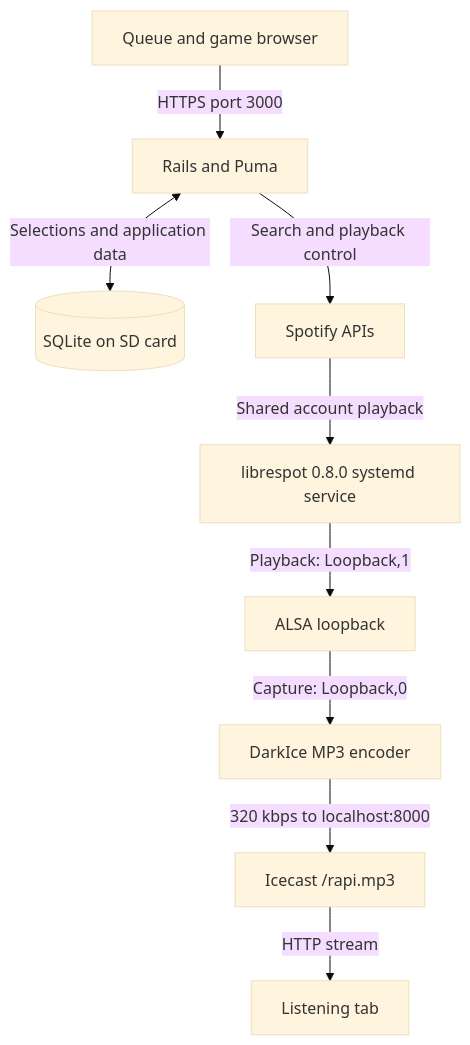
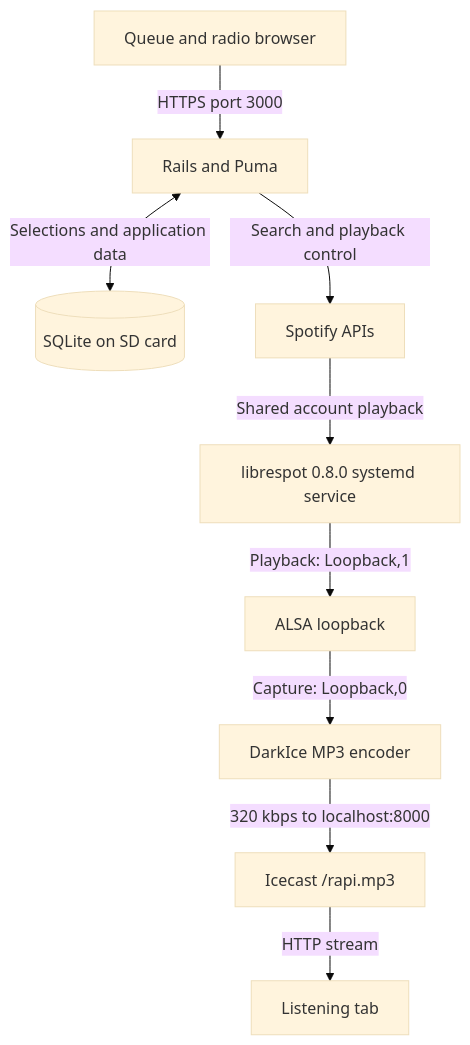
One commit to jbearer/jcradio changed the diagram in docs/pi-overview.md. Above: the diagram before and after it, drawn with Mermaid (base theme). The commit also changed other lines of this file and 3 other files, not shown here.

````diff
--- a/docs/pi-overview.md
+++ b/docs/pi-overview.md
@@ -37,11 +37,11 @@
     ```mermaid
     flowchart TD
-        Browser[Queue and game browser] -->|HTTPS port 3000|Rails[Rails and Puma]
+        Browser[Queue and radio browser] -->|HTTPS port 3000|Rails[Rails and Puma]
         Rails <-->|Selections and application data|DB[(SQLite on SD card)]
         Rails -->|Search and playback control|Spotify[Spotify APIs]
         Spotify -->|Shared account playback|Player[librespot 0.8.0 systemd service]
         Player -->|Playback: Loopback,1|Loopback[ALSA loopback]
         Loopback -->|Capture: Loopback,0|DarkIce[DarkIce MP3 encoder]
         DarkIce -->|320 kbps to localhost:8000|Icecast[Icecast /rapi.mp3]
         Icecast -->|HTTP stream|Listener[Listening tab]
     ```
````
